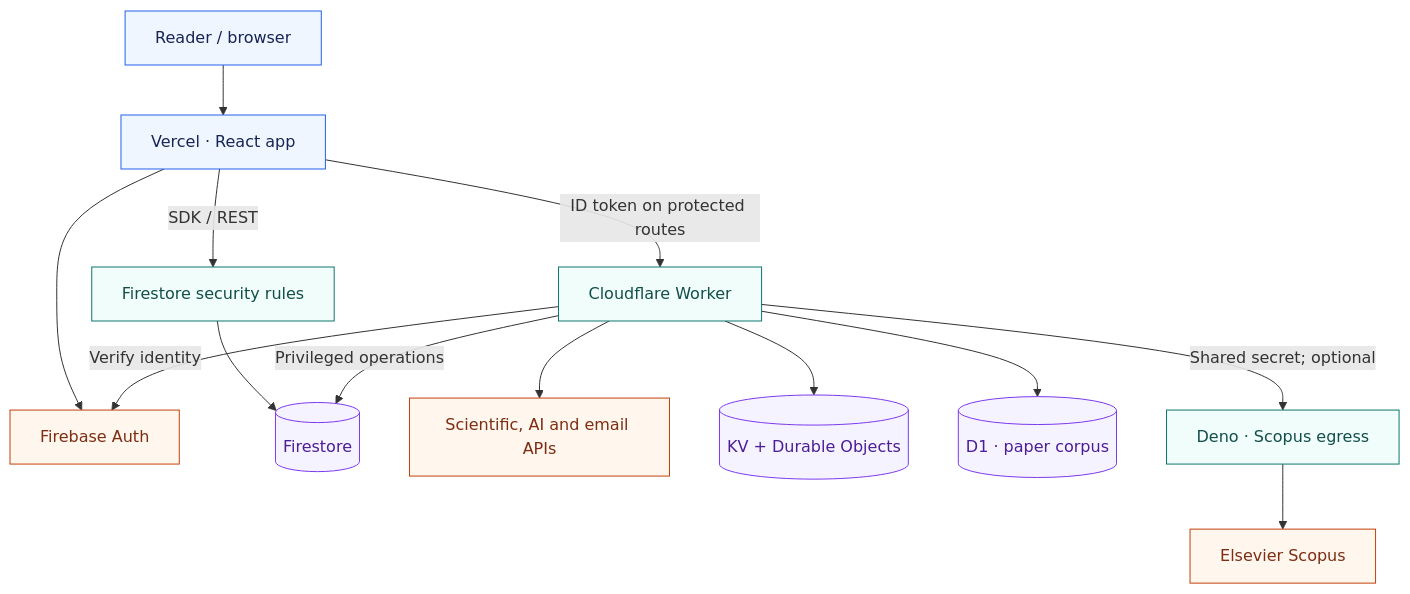
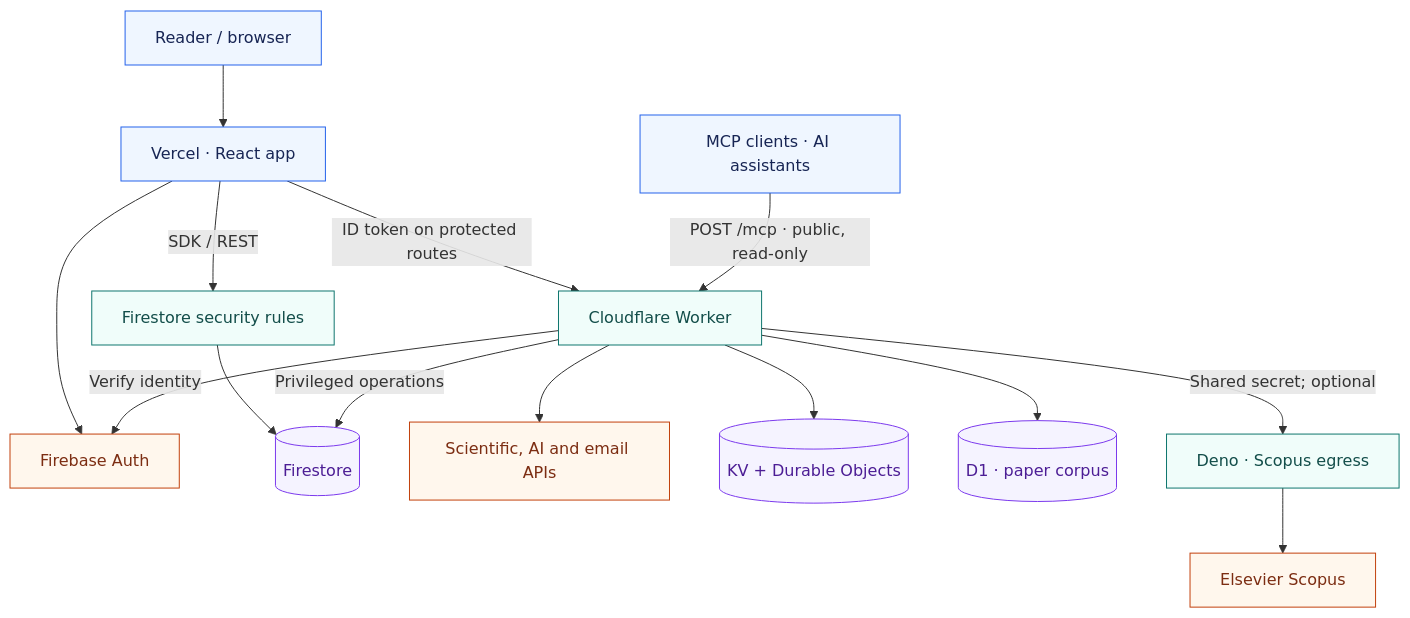
Before and after one commit to mugar123/papertok: the first of 2 diagrams in ARCHITECTURE.md, drawn with Mermaid. The commit also changed other lines of this file and 6 other files, not shown here.

First line of the commit message:
feat(worker): public read-only MCP server at /mcp (ENG-91)

````diff
--- a/ARCHITECTURE.md
+++ b/ARCHITECTURE.md
@@ -9,36 +9,38 @@
 ```mermaid
 flowchart TD
     Reader["Reader / browser"]
+    Agents["MCP clients · AI assistants"]
     Web["Vercel · React app"]
     Auth["Firebase Auth"]
     Firestore[("Firestore")]
     Rules["Firestore security rules"]
     Worker["Cloudflare Worker"]
     Providers["Scientific, AI and email APIs"]
     State[("KV + Durable Objects")]
     Corpus[("D1 · paper corpus")]
     Egress["Deno · Scopus egress"]
     Scopus["Elsevier Scopus"]
 
     Reader --> Web
     Web --> Auth
     Web -->|"SDK / REST"| Rules
     Rules --> Firestore
     Web -->|"ID token on protected routes"| Worker
+    Agents -->|"POST /mcp · public, read-only"| Worker
     Worker -->|"Verify identity"| Auth
     Worker -->|"Privileged operations"| Firestore
     Worker --> Providers
     Worker --> State
     Worker --> Corpus
     Worker -->|"Shared secret; optional"| Egress
     Egress --> Scopus
 
     classDef client fill:#eff6ff,stroke:#2563eb,color:#172554
     classDef server fill:#f0fdfa,stroke:#0f766e,color:#134e4a
     classDef storage fill:#f5f3ff,stroke:#7c3aed,color:#4c1d95
     classDef external fill:#fff7ed,stroke:#c2410c,color:#7c2d12
-    class Reader,Web client
+    class Reader,Agents,Web client
     class Worker,Egress,Rules server
     class Firestore,State,Corpus storage
     class Auth,Providers,Scopus external
 ```
````
